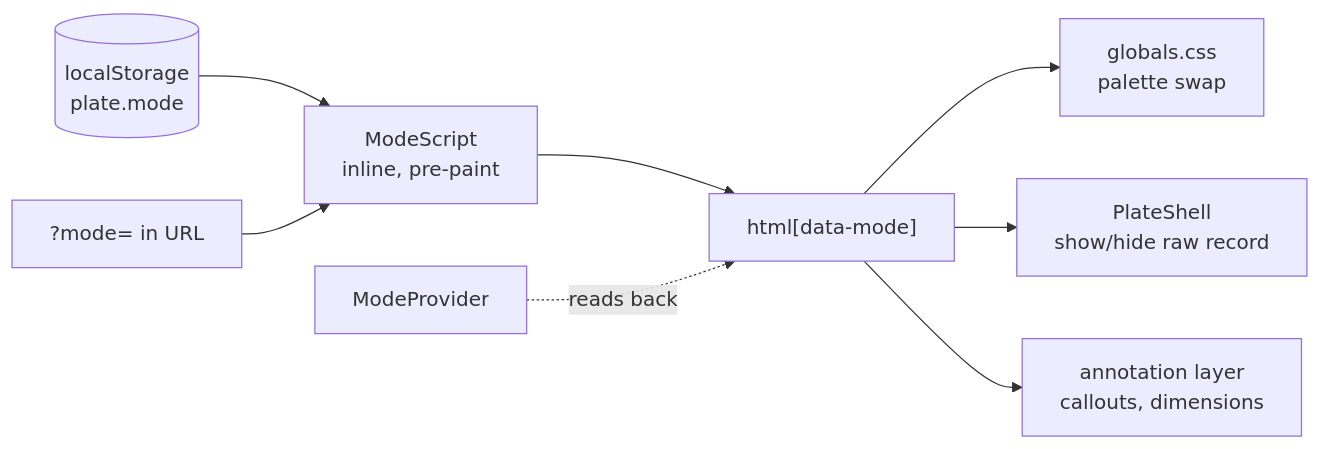
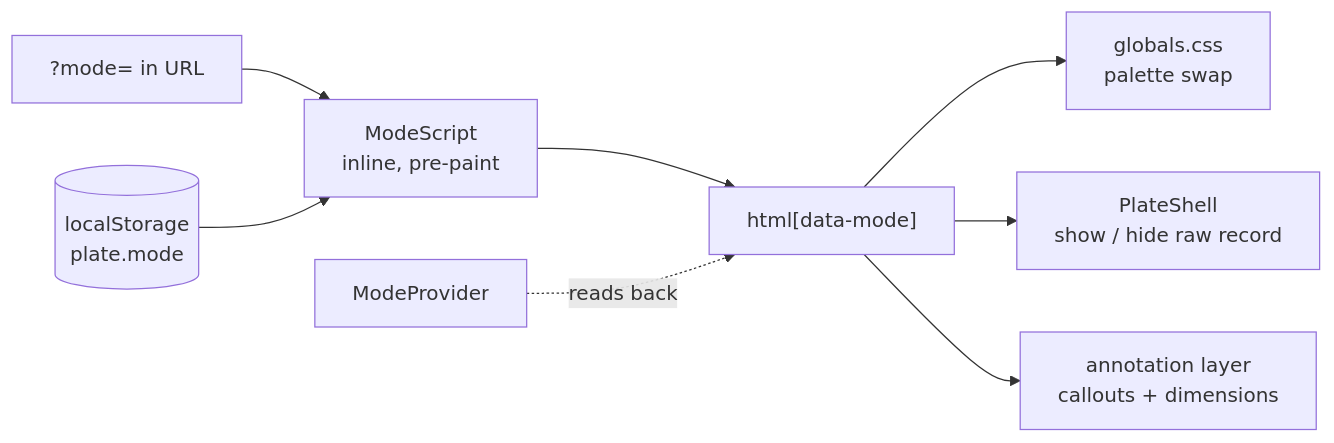
One commit to ax5hay/akshaybajpai.com changed the first of 5 diagrams in README.md. Above: the diagram before and after it, drawn with Mermaid. The commit also changed other lines of this file and 3 other files, not shown here.

````diff
--- a/README.md
+++ b/README.md
@@ -76,10 +147,10 @@
 ```mermaid
 flowchart LR
-  SCRIPT["ModeScript<br/>inline, pre-paint"] --> HTML["html[data-mode]"]
-  STORE[("localStorage<br/>plate.mode")] --> SCRIPT
   QUERY["?mode= in URL"] --> SCRIPT
+  STORE[("localStorage<br/>plate.mode")] --> SCRIPT["ModeScript<br/>inline, pre-paint"]
+  SCRIPT --> HTML["html[data-mode]"]
   HTML --> CSS["globals.css<br/>palette swap"]
-  HTML --> SHOW["PlateShell<br/>show/hide raw record"]
-  HTML --> PEN["annotation layer<br/>callouts, dimensions"]
-  PROVIDER["ModeProvider"] -.reads back.-> HTML
+  HTML --> SHOW["PlateShell<br/>show / hide raw record"]
+  HTML --> PEN["annotation layer<br/>callouts + dimensions"]
+  PROVIDER["ModeProvider"] -. reads back .-> HTML
 ```
````
